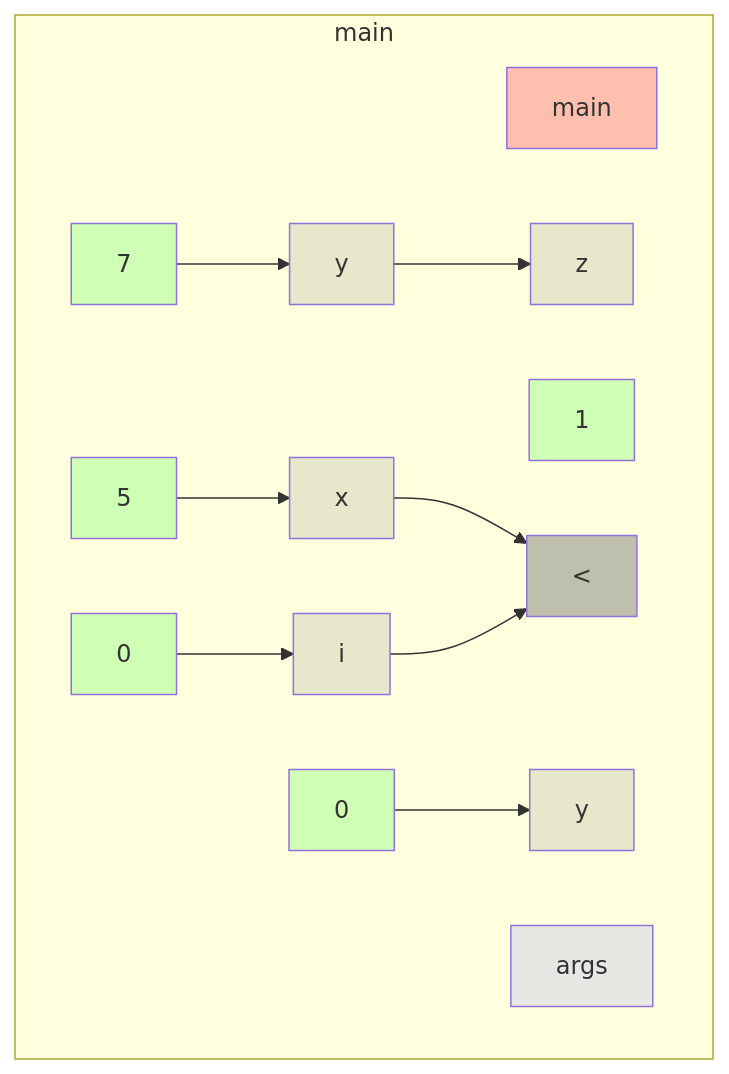
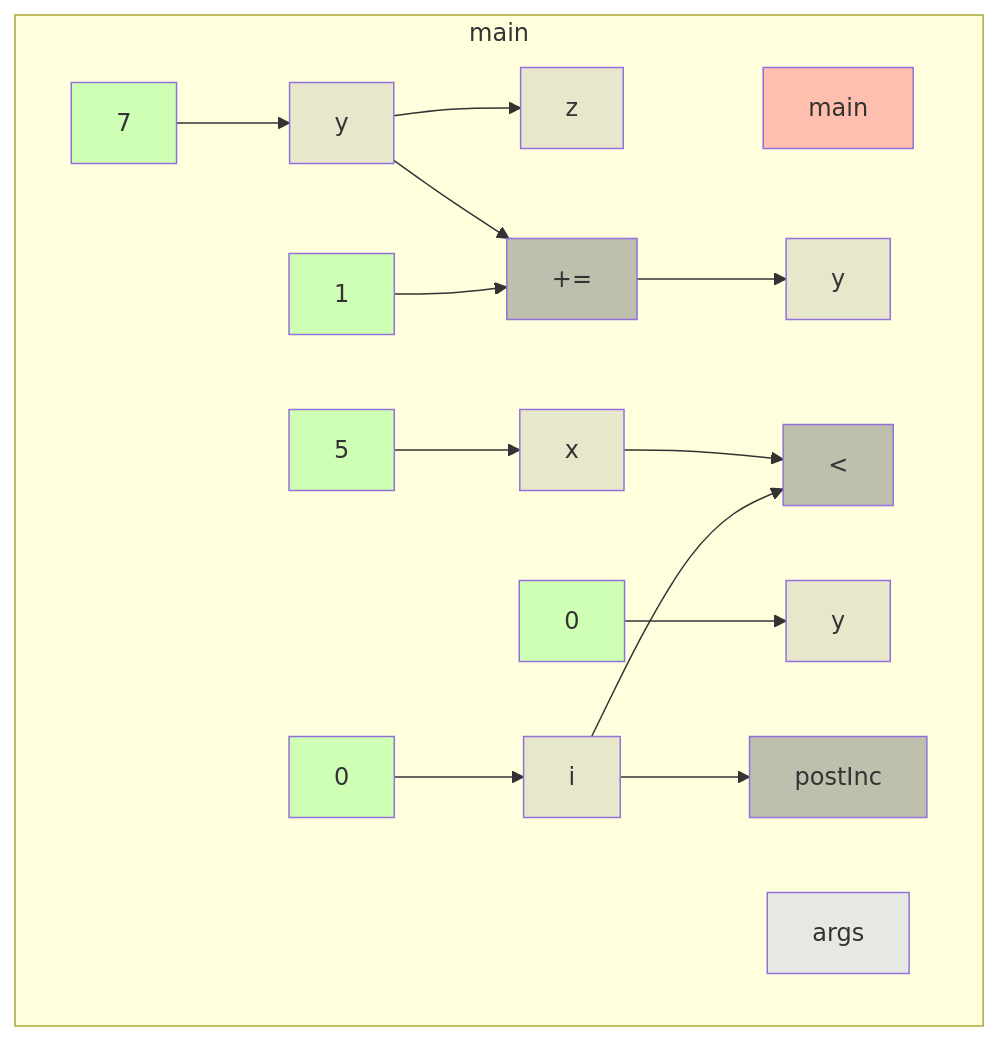
One commit to gstiebler/codeflow changed the diagram in app/src/test/resources/forLoop/truth.md. Above: the diagram before and after it, drawn with Mermaid. The commit also changed 8 other files, not shown here.

````diff
--- a/app/src/test/resources/forLoop/truth.md
+++ b/app/src/test/resources/forLoop/truth.md
@@ -1,31 +1,38 @@
 ```mermaid
 flowchart TD
   subgraph 4309014["main"]
+    -7879828465[postInc]:::BIN_OP
     -1228931167[x]:::VARIABLE
     -1228927715[5]:::LITERAL
     -1228903308[y]:::VARIABLE
     -1228901824[0]:::LITERAL
     -1228875807[i]:::VARIABLE
     -1228874722[0]:::LITERAL
     -1228873557[<]:::BIN_OP
     -1228843979[7]:::LITERAL
     -1177975243[args]:::FUNC_PARAM
     12893[y]:::VARIABLE
     56853577[main]:::RETURN
     551019600[z]:::VARIABLE
+    551025469[y]:::VARIABLE
     551026017[1]:::LITERAL
+    551047110[+=]:::BIN_OP
     -1228931167[x]:::VARIABLE --> -1228873557[<]:::BIN_OP
     -1228927715[5]:::LITERAL --> -1228931167[x]:::VARIABLE
     -1228901824[0]:::LITERAL --> -1228903308[y]:::VARIABLE
     -1228875807[i]:::VARIABLE --> -1228873557[<]:::BIN_OP
+    -1228875807[i]:::VARIABLE --> -7879828465[postInc]:::BIN_OP
     -1228874722[0]:::LITERAL --> -1228875807[i]:::VARIABLE
     -1228843979[7]:::LITERAL --> 12893[y]:::VARIABLE
     12893[y]:::VARIABLE --> 551019600[z]:::VARIABLE
+    12893[y]:::VARIABLE --> 551047110[+=]:::BIN_OP
+    551026017[1]:::LITERAL --> 551047110[+=]:::BIN_OP
+    551047110[+=]:::BIN_OP --> 551025469[y]:::VARIABLE
   end
   classDef LITERAL fill:#00FF0030
   classDef VARIABLE fill:#80808030
   classDef BIN_OP fill:#80808080
   classDef FUNC_PARAM fill:#8080FF30
   classDef RETURN fill:#FF808080
   classDef EXTERNAL fill:#FFA50040
 ```
````
